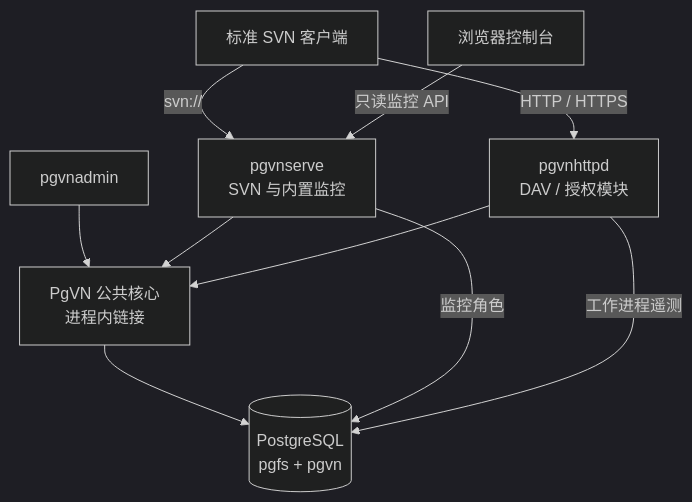
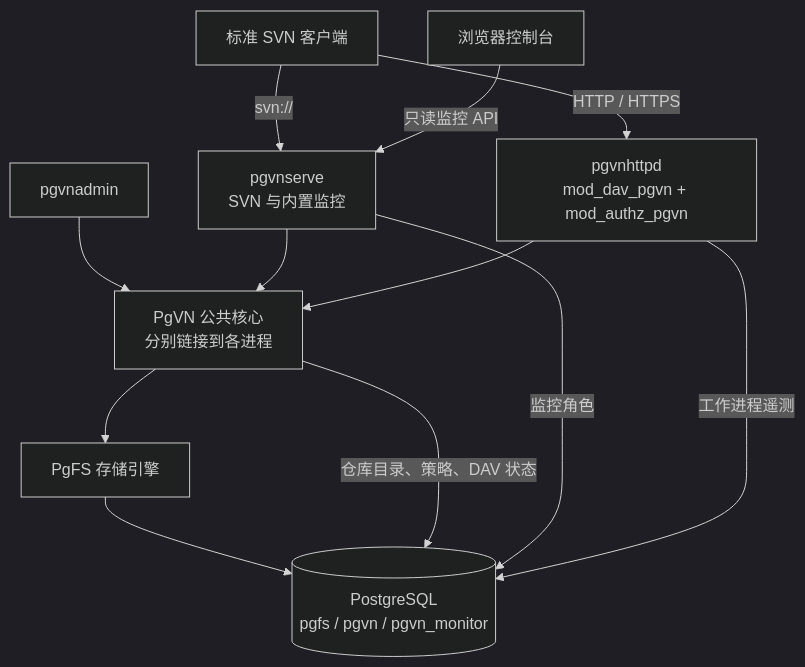
The diagram in README.zh-CN.md (qistchan/pgvn), drawn with Mermaid (dark theme) before and after one commit. The commit also changed other lines of this file and 1 other file, not shown here.

````diff
--- a/README.zh-CN.md
+++ b/README.zh-CN.md
@@ -61,12 +69,14 @@
 ```mermaid
 flowchart TB
     SVN["标准 SVN 客户端"] -->|"svn://"| SERVE["pgvnserve<br/>SVN 与内置监控"]
-    SVN -->|"HTTP / HTTPS"| DAV["pgvnhttpd<br/>DAV / 授权模块"]
+    SVN -->|"HTTP / HTTPS"| DAV["pgvnhttpd<br/>mod_dav_pgvn + mod_authz_pgvn"]
     ADMIN["pgvnadmin"] --> CORE
-    SERVE --> CORE["PgVN 公共核心<br/>进程内链接"]
+    SERVE --> CORE["PgVN 公共核心<br/>分别链接到各进程"]
     DAV --> CORE
-    CORE --> PG[("PostgreSQL<br/>pgfs + pgvn")]
+    CORE --> FS["PgFS 存储引擎"]
+    FS --> PG[("PostgreSQL<br/>pgfs / pgvn / pgvn_monitor")]
+    CORE -->|"仓库目录、策略、DAV 状态"| PG
     WEB["浏览器控制台"] -->|"只读监控 API"| SERVE
     SERVE -->|"监控角色"| PG
     DAV -->|"工作进程遥测"| PG
 ```
````
